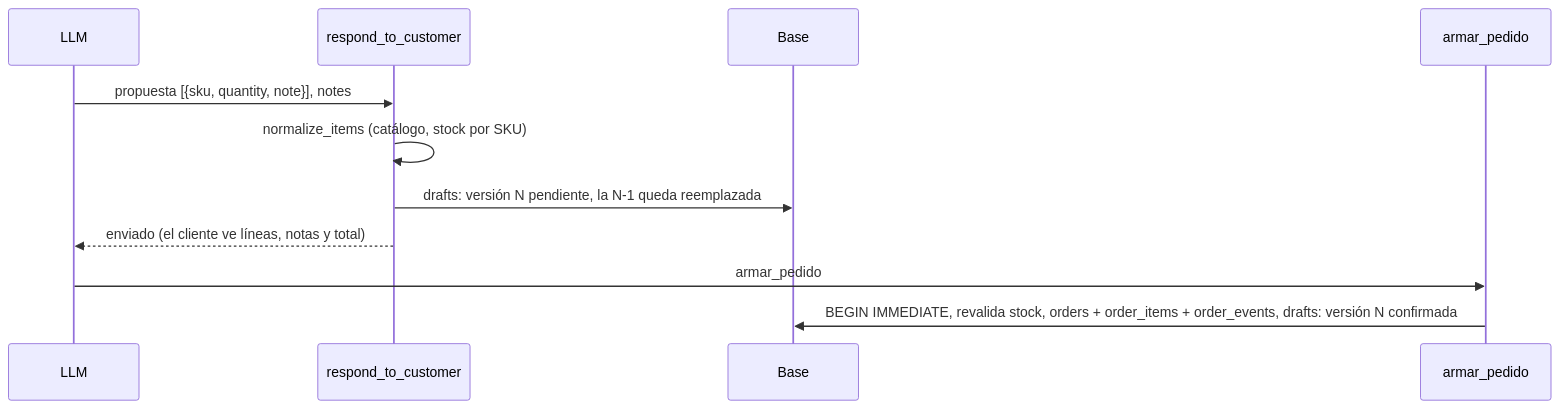
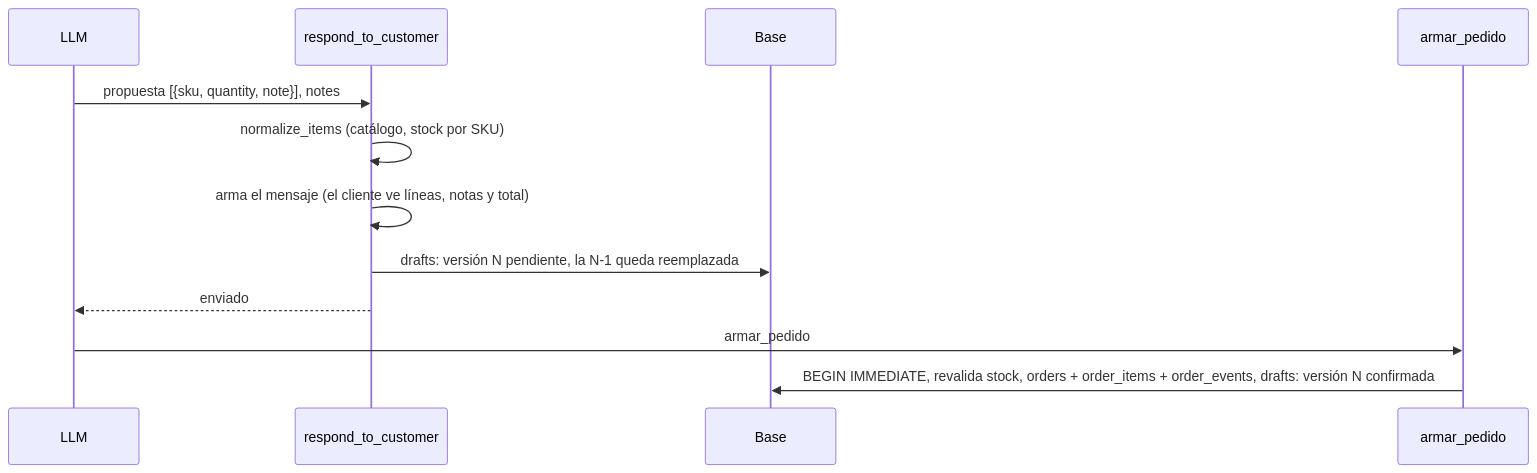
Before and after one commit to FernandoMRestelli/norma-agentic-ai: the diagram in docs/spec/guardado-de-pedidos.md, drawn with Mermaid. The commit also changed other lines of this file and 4 other files, not shown here.

````diff
--- a/docs/spec/guardado-de-pedidos.md
+++ b/docs/spec/guardado-de-pedidos.md
@@ -36,13 +36,14 @@
 ```mermaid
 sequenceDiagram
     participant LLM
     participant R as respond_to_customer
     participant B as Base
     participant A as armar_pedido
     LLM->>R: propuesta [{sku, quantity, note}], notes
     R->>R: normalize_items (catálogo, stock por SKU)
+    R->>R: arma el mensaje (el cliente ve líneas, notas y total)
     R->>B: drafts: versión N pendiente, la N-1 queda reemplazada
-    R-->>LLM: enviado (el cliente ve líneas, notas y total)
+    R-->>LLM: enviado
     LLM->>A: armar_pedido
     A->>B: BEGIN IMMEDIATE, revalida stock, orders + order_items + order_events, drafts: versión N confirmada
 ```
````
